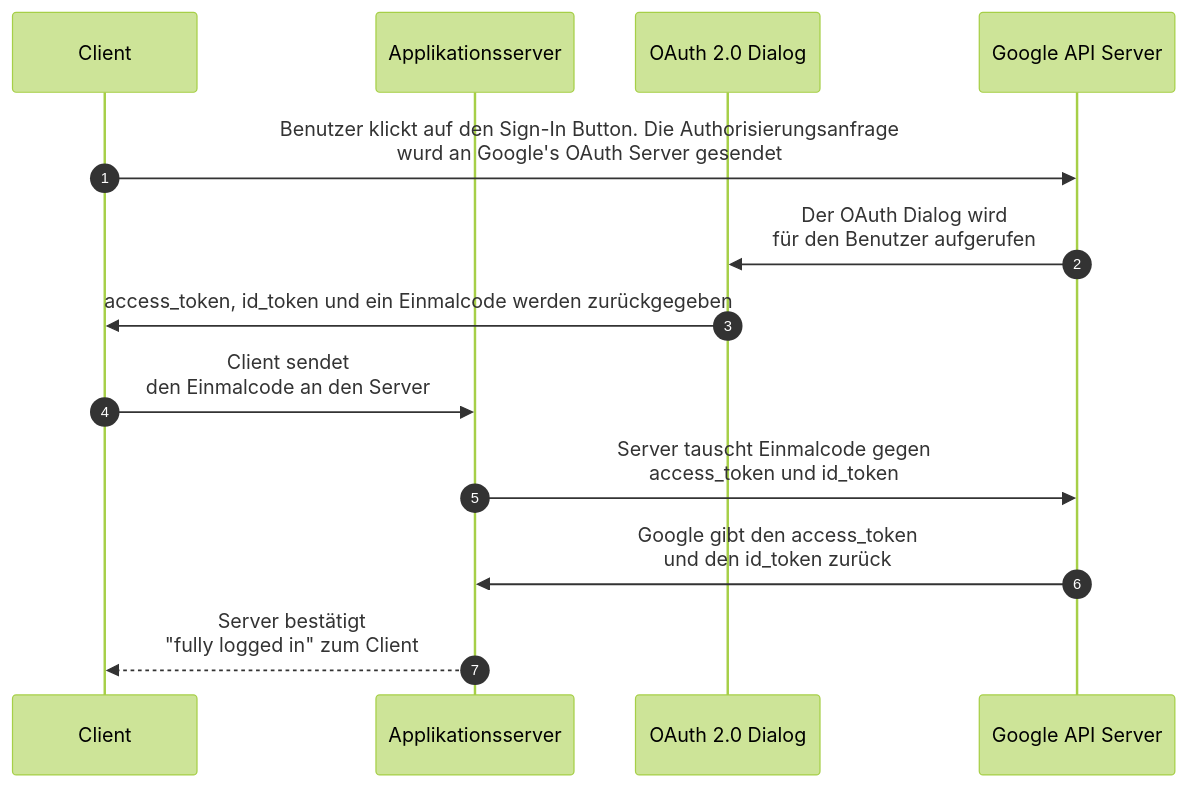
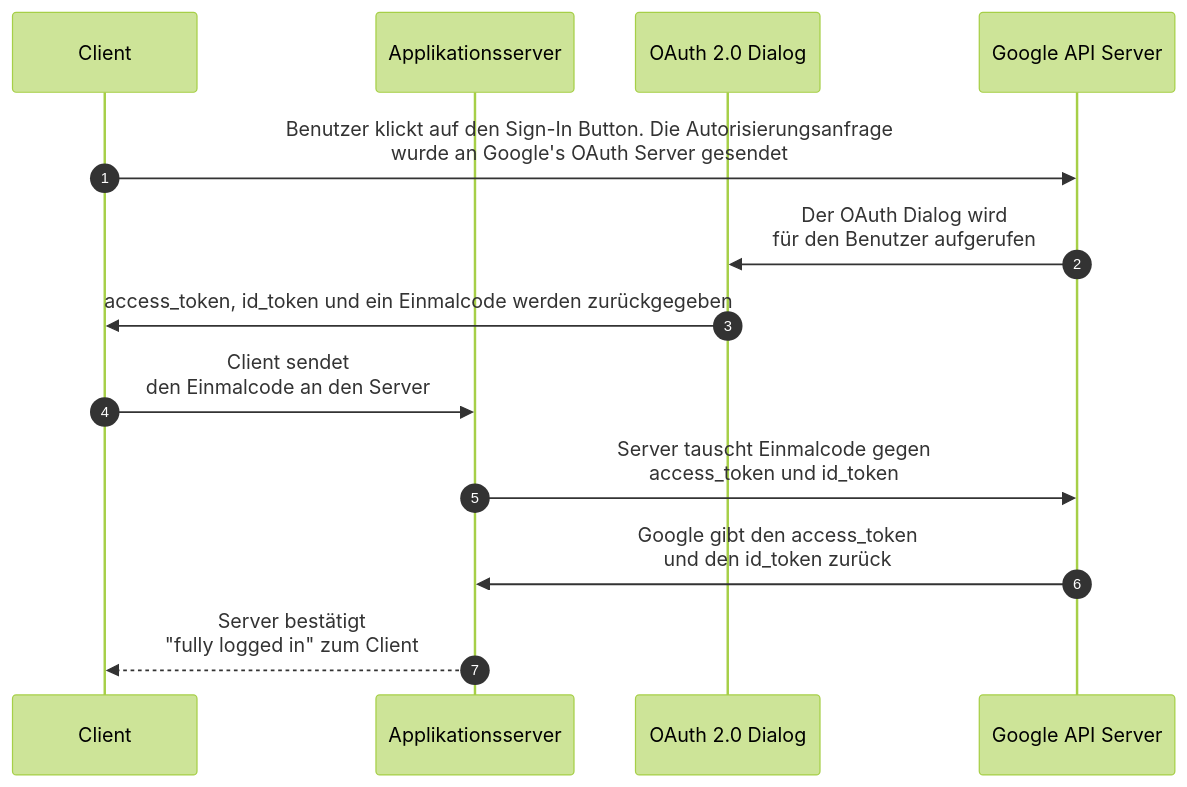
Before and after one commit to DavidFambach/Abgabe-ASE-Patientenakte: the diagram in documents/Keyconcept Google IdP.md, drawn with Mermaid (forest theme). The commit also changed other lines of this file, not shown here.

````diff
--- a/documents/Keyconcept Google IdP.md
+++ b/documents/Keyconcept Google IdP.md
@@ -4,15 +4,15 @@
 ```mermaid
 sequenceDiagram
 autonumber
 participant Client
 participant Applikationsserver
 participant OAuth 2.0 Dialog
 
-Client ->> Google API Server: Benutzer klickt auf den Sign-In Button. Die Authorisierungsanfrage <br> wurd an Google's OAuth Server gesendet
+Client ->> Google API Server: Benutzer klickt auf den Sign-In Button. Die Autorisierungsanfrage <br> wurde an Google's OAuth Server gesendet
 Google API Server ->> OAuth 2.0 Dialog: Der OAuth Dialog wird <br> für den Benutzer aufgerufen
 OAuth 2.0 Dialog ->> Client: access_token, id_token und ein Einmalcode werden zurückgegeben
 Client ->> Applikationsserver: Client sendet <br> den Einmalcode an den Server
 Applikationsserver ->> Google API Server: Server tauscht Einmalcode gegen <br> access_token und id_token 
 Google API Server ->> Applikationsserver: Google gibt den access_token <br> und den id_token zurück
 Applikationsserver -->> Client: Server bestätigt <br> "fully logged in" zum Client
 ```
````
